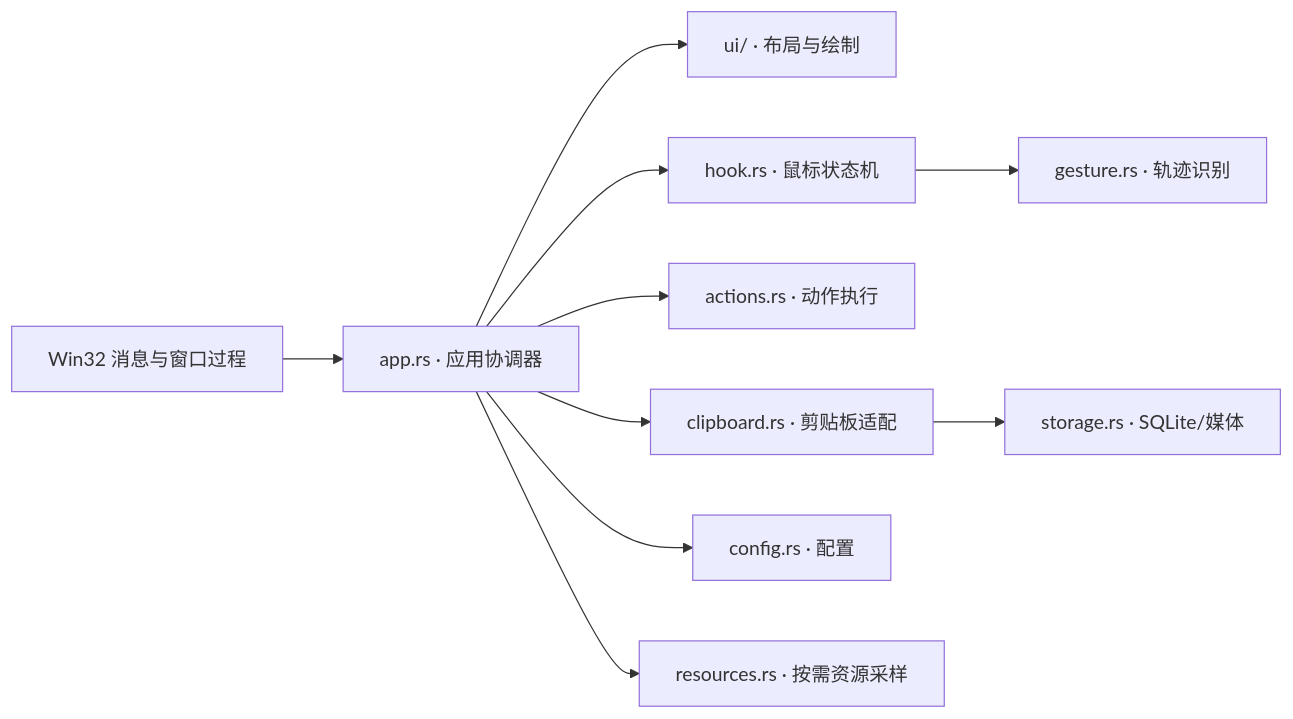
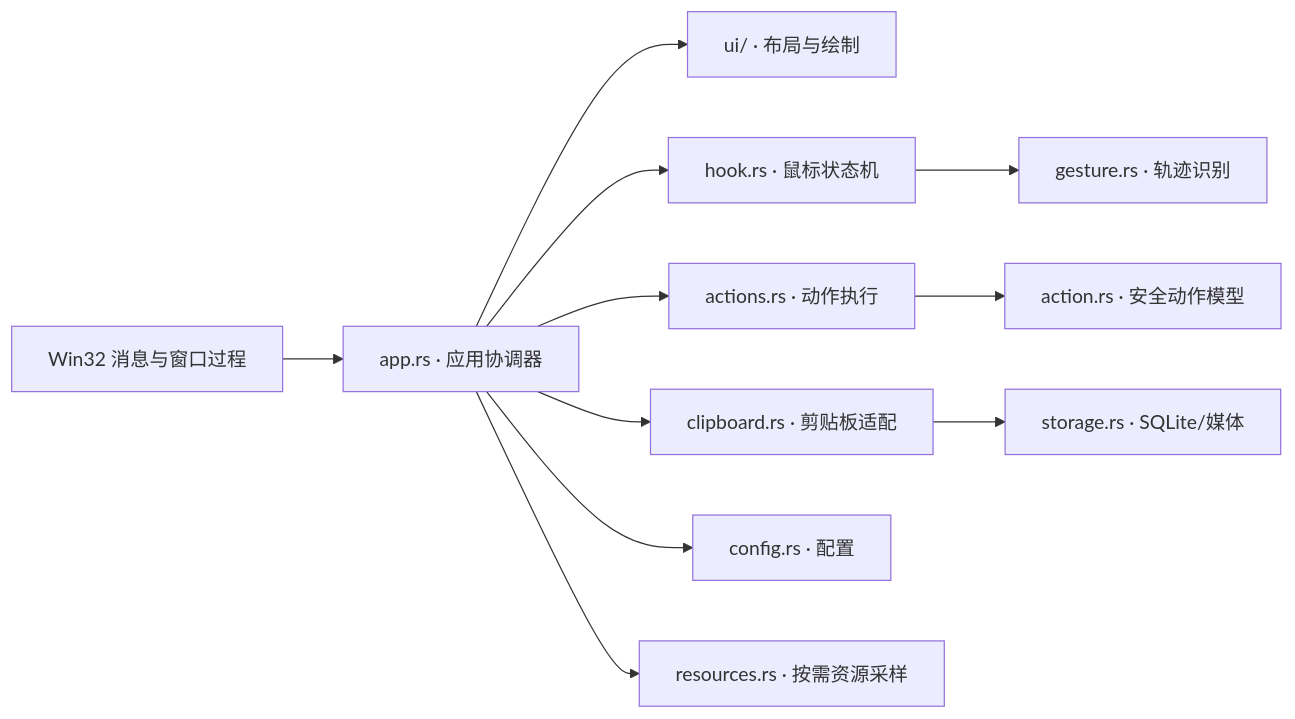
Before and after one commit to cirrusli/Xmouse: the first of 2 diagrams in docs/ARCHITECTURE.md, drawn with Mermaid. The commit also changed other lines of this file and 18 other files, not shown here.

````diff
--- a/docs/ARCHITECTURE.md
+++ b/docs/ARCHITECTURE.md
@@ -7,12 +7,13 @@
 ```mermaid
 flowchart LR
     Win32["Win32 消息与窗口过程"] --> App["app.rs · 应用协调器"]
     App --> UI["ui/ · 布局与绘制"]
     App --> Hook["hook.rs · 鼠标状态机"]
     App --> Actions["actions.rs · 动作执行"]
+    Actions --> ActionModel["action.rs · 安全动作模型"]
     App --> Clipboard["clipboard.rs · 剪贴板适配"]
     Clipboard --> Storage["storage.rs · SQLite/媒体"]
     Hook --> Gesture["gesture.rs · 轨迹识别"]
     App --> Config["config.rs · 配置"]
     App --> Resources["resources.rs · 按需资源采样"]
 ```
````
